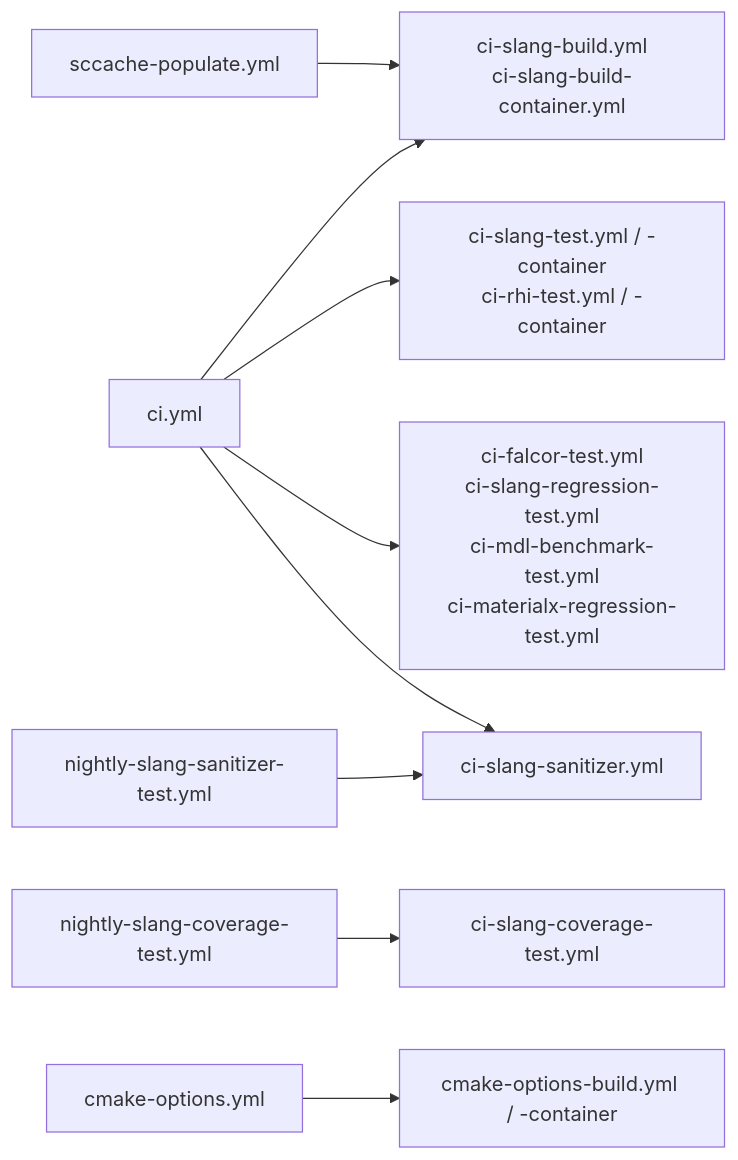
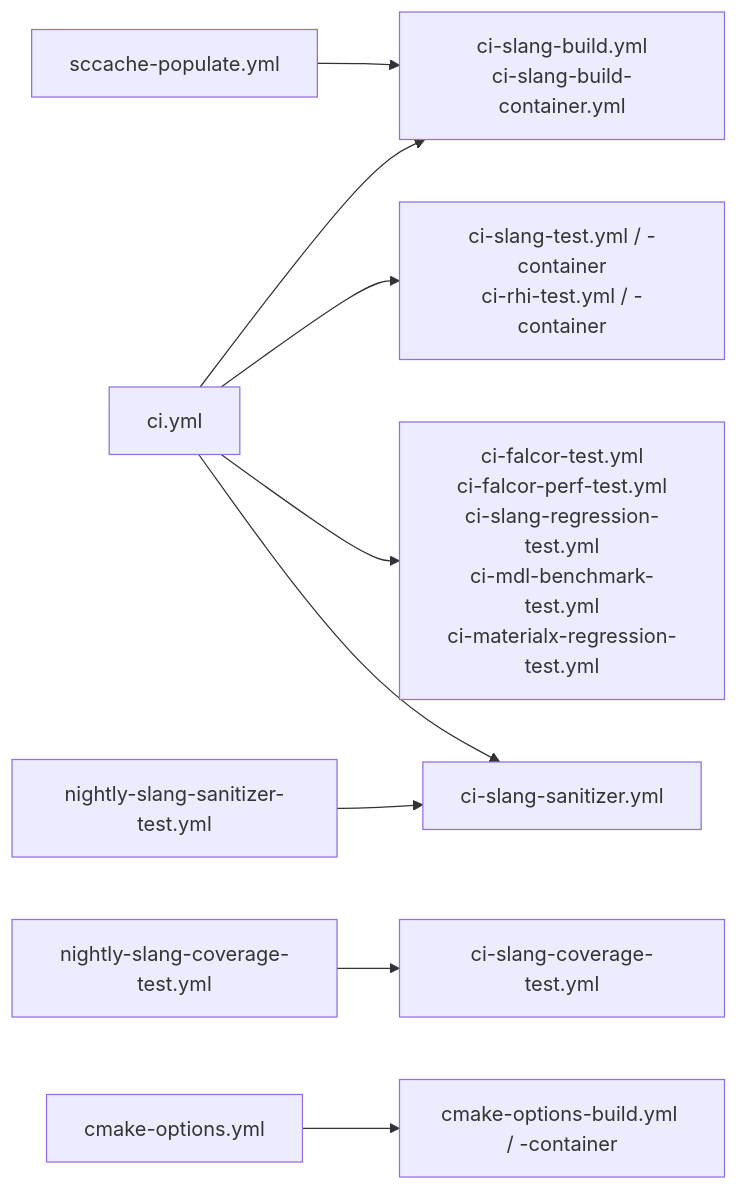
Before and after one commit to shader-slang/slang: the first of 2 diagrams in .github/workflows/README.md, drawn with Mermaid. The commit also changed other lines of this file and 3 other files, not shown here.

First line of the commit message:
ci: give test-falcor-perf its own build dependency

````diff
--- a/.github/workflows/README.md
+++ b/.github/workflows/README.md
@@ -47,15 +47,15 @@
 ```mermaid
 flowchart LR
   ci["ci.yml"] --> build & test & suites & san
   sccache["sccache-populate.yml"] --> build
   ncov["nightly-slang-coverage-test.yml"] --> cov
   nsan["nightly-slang-sanitizer-test.yml"] --> san
   copts["cmake-options.yml"] --> coptbuild
 
   build["ci-slang-build.yml<br>ci-slang-build-container.yml"]
   test["ci-slang-test.yml / -container<br>ci-rhi-test.yml / -container"]
-  suites["ci-falcor-test.yml<br>ci-slang-regression-test.yml<br>ci-mdl-benchmark-test.yml<br>ci-materialx-regression-test.yml"]
+  suites["ci-falcor-test.yml<br>ci-falcor-perf-test.yml<br>ci-slang-regression-test.yml<br>ci-mdl-benchmark-test.yml<br>ci-materialx-regression-test.yml"]
   san["ci-slang-sanitizer.yml"]
   cov["ci-slang-coverage-test.yml"]
   coptbuild["cmake-options-build.yml / -container"]
 ```
````
